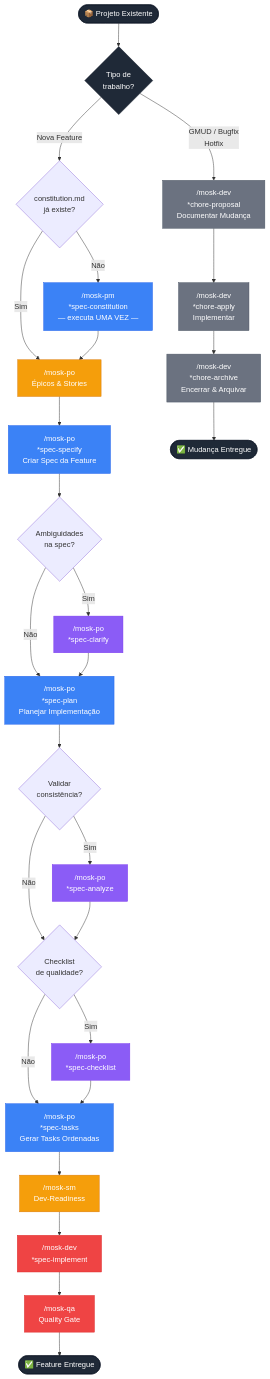
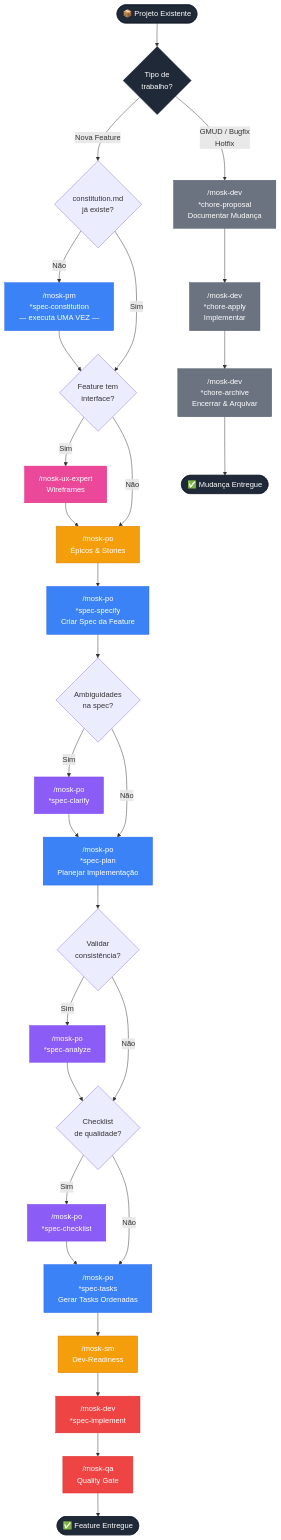
The second of 2 diagrams in README.md (rogerznts/mosk), drawn with Mermaid before and after one commit. The commit also changed other lines of this file and 3 other files, not shown here.

Commit message:
feat: Integrate UX expert earlier into the project workflow and clarify its role in user flows and front-end specifications.

````diff
--- a/README.md
+++ b/README.md
@@ -183,73 +187,80 @@
 ```mermaid
 flowchart TD
     Start(["📦 Projeto Existente"]) --> WT{"Tipo de
     trabalho?"}
 
     WT -->|"Nova Feature"| CQ{"constitution.md
     já existe?"}
     CQ -->|Não| C["/mosk-pm
     *spec-constitution
     — executa UMA VEZ —"]
-    CQ -->|Sim| PO
-    C --> PO["/mosk-po
+    CQ -->|Sim| UXQ
+    C --> UXQ{"Feature tem
+    interface?"}
+    UXQ -->|Sim| UX["/mosk-ux-expert
+    Wireframes"]
+    UXQ -->|Não| PO
+    UX --> PO["/mosk-po
     Épicos & Stories"]
     PO --> S["/mosk-po
     *spec-specify
     Criar Spec da Feature"]
 
     S --> AQ{"Ambiguidades
     na spec?"}
     AQ -->|Sim| CL["/mosk-po
     *spec-clarify"]
     AQ -->|Não| P
     CL --> P["/mosk-po
     *spec-plan
     Planejar Implementação"]
     P --> VQ{"Validar
     consistência?"}
     VQ -->|Sim| AN["/mosk-po
     *spec-analyze"]
     VQ -->|Não| CHQ
     AN --> CHQ{"Checklist
     de qualidade?"}
     CHQ -->|Sim| CH["/mosk-po
     *spec-checklist"]
     CHQ -->|Não| T
     CH --> T["/mosk-po
     *spec-tasks
     Gerar Tasks Ordenadas"]
 
     T --> SM["/mosk-sm
     Dev-Readiness"]
     SM --> DI["/mosk-dev
     *spec-implement"]
     DI --> QA["/mosk-qa
     Quality Gate"]
     QA --> FD(["✅ Feature Entregue"])
 
     WT -->|"GMUD / Bugfix
     Hotfix"| PR["/mosk-dev
     *chore-proposal
     Documentar Mudança"]
     PR --> AP["/mosk-dev
     *chore-apply
     Implementar"]
     AP --> AR["/mosk-dev
     *chore-archive
     Encerrar & Arquivar"]
     AR --> CD(["✅ Mudança Entregue"])
 
+    classDef ux fill:#ec4899,stroke:#db2777,color:#fff
     classDef speckit fill:#3b82f6,stroke:#2563eb,color:#fff
     classDef optional fill:#8b5cf6,stroke:#7c3aed,color:#fff
     classDef stories fill:#f59e0b,stroke:#d97706,color:#fff
     classDef impl fill:#ef4444,stroke:#dc2626,color:#fff
     classDef chore fill:#6b7280,stroke:#4b5563,color:#fff
     classDef endpoint fill:#1f2937,stroke:#111827,color:#fff
 
+    class UX ux
     class C,S,P,T speckit
     class CL,AN,CH optional
     class PO,SM stories
     class DI,QA impl
     class PR,AP,AR chore
     class Start,FD,CD,WT endpoint
 ```
````
